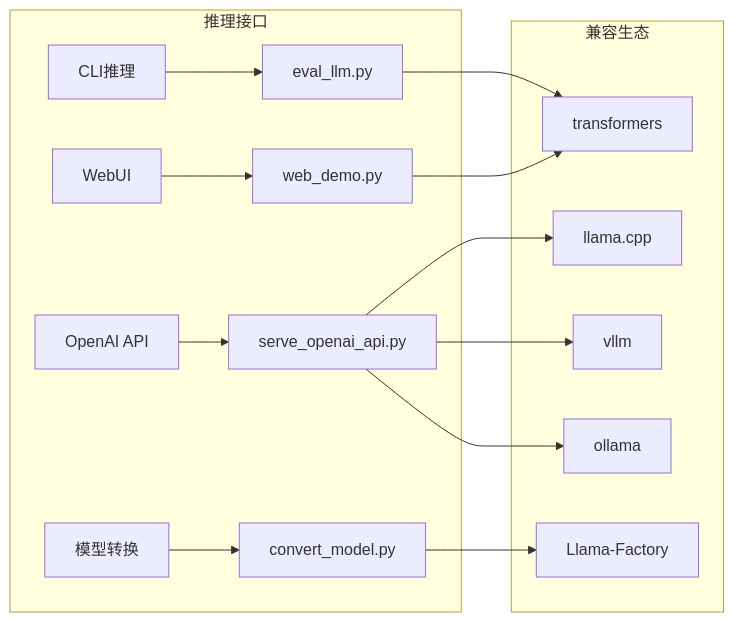
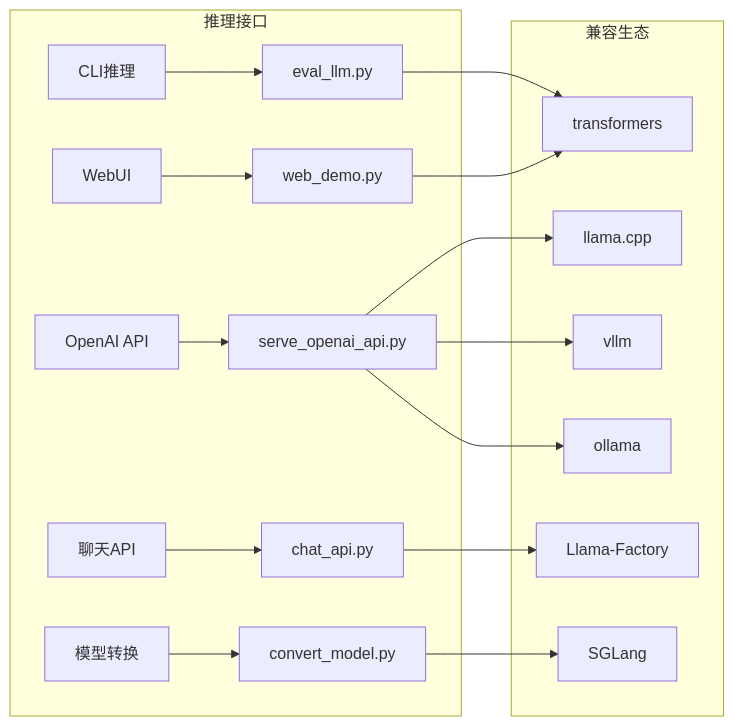
The sixth of 7 diagrams in .qoder/repowiki/zh/content/项目概述/项目介绍.md (haolange/minimind), drawn with Mermaid before and after one commit. The commit also changed other lines of this file and 4 other files, not shown here.

````diff
--- a/.qoder/repowiki/zh/content/项目概述/项目介绍.md
+++ b/.qoder/repowiki/zh/content/项目概述/项目介绍.md
@@ -240,22 +289,25 @@
 ```mermaid
 graph LR
 subgraph "推理接口"
 A[CLI推理] --> B[eval_llm.py]
 C[WebUI] --> D[web_demo.py]
 E[OpenAI API] --> F[serve_openai_api.py]
-G[模型转换] --> H[convert_model.py]
+G[聊天API] --> H[chat_api.py]
+I[模型转换] --> J[convert_model.py]
 end
 subgraph "兼容生态"
-I[transformers]
-J[llama.cpp]
-K[vllm]
-L[ollama]
-M[Llama-Factory]
+K[transformers]
+L[llama.cpp]
+M[vllm]
+N[ollama]
+O[Llama-Factory]
+P[SGLang]
 end
-B --> I
-D --> I
-F --> J
-F --> K
+B --> K
+D --> K
 F --> L
-H --> M
+F --> M
+F --> N
+H --> O
+J --> P
 ```
````
